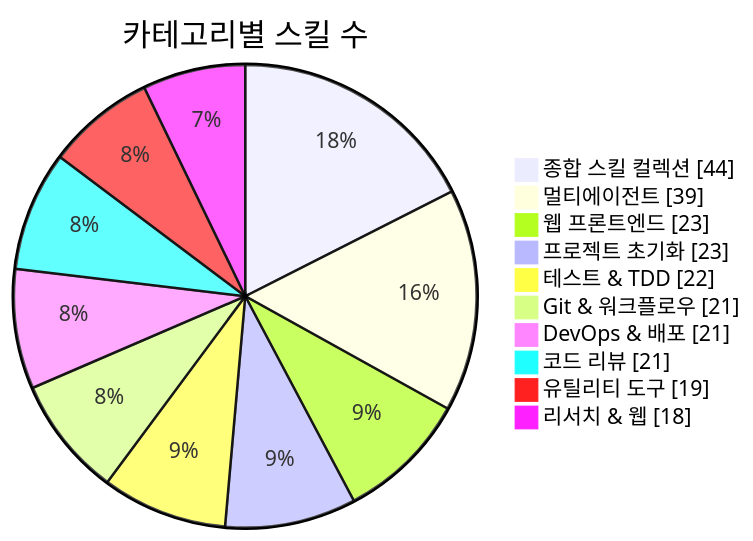
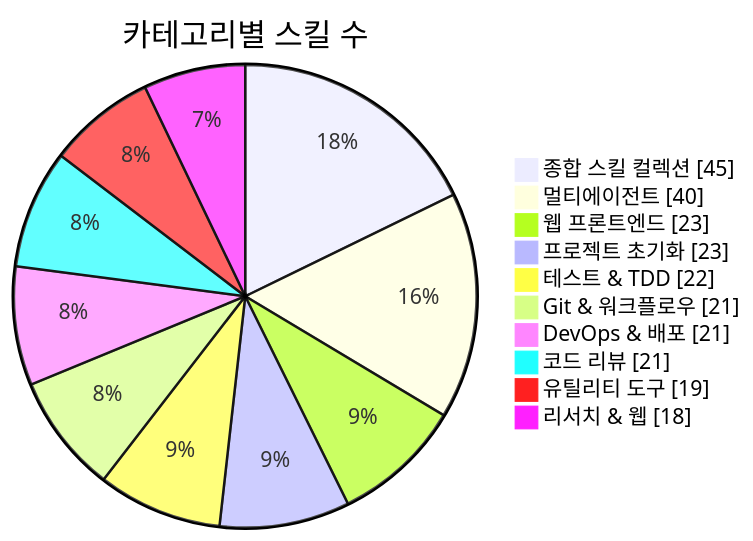
One commit to J-nowcow/awesome-korean-agent-skills changed the first of 3 diagrams in README.md. Above: the diagram before and after it, drawn with Mermaid. The commit also changed other lines of this file and 6 other files, not shown here.

````diff
--- a/README.md
+++ b/README.md
@@ -176,14 +176,14 @@
 ```mermaid
 pie showData
     title 카테고리별 스킬 수
-    "종합 스킬 컬렉션" : 44
-    "멀티에이전트" : 39
+    "종합 스킬 컬렉션" : 45
+    "멀티에이전트" : 40
     "웹 프론트엔드" : 23
     "프로젝트 초기화" : 23
     "테스트 & TDD" : 22
     "Git & 워크플로우" : 21
     "DevOps & 배포" : 21
     "코드 리뷰" : 21
     "유틸리티 도구" : 19
     "리서치 & 웹" : 18
 ```
````
